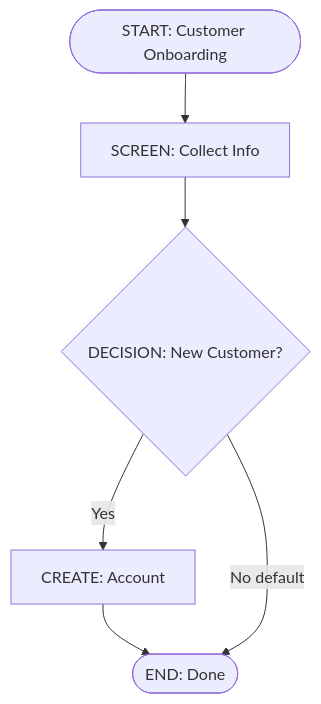
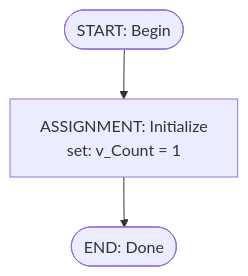
The second of 3 diagrams in README.md (krukmat/Mermaid2SF), drawn with Mermaid before and after one commit. The commit also changed other lines of this file and 9 other files, not shown here.

````diff
--- a/README.md
+++ b/README.md
@@ -48,12 +81,7 @@
 ```mermaid
 flowchart TD
-    Start([START: Customer Onboarding])
-    Screen[SCREEN: Collect Info]
-    Decision{DECISION: New Customer?}
-    Create[CREATE: Account]
+    Start([START: Begin])
+    Assign["ASSIGNMENT: Initialize\nset: v_Count = 1"]
     End([END: Done])
-
-    Start --> Screen --> Decision
-    Decision -->|Yes| Create --> End
-    Decision -->|No default| End
+    Start --> Assign --> End
 ```
````
